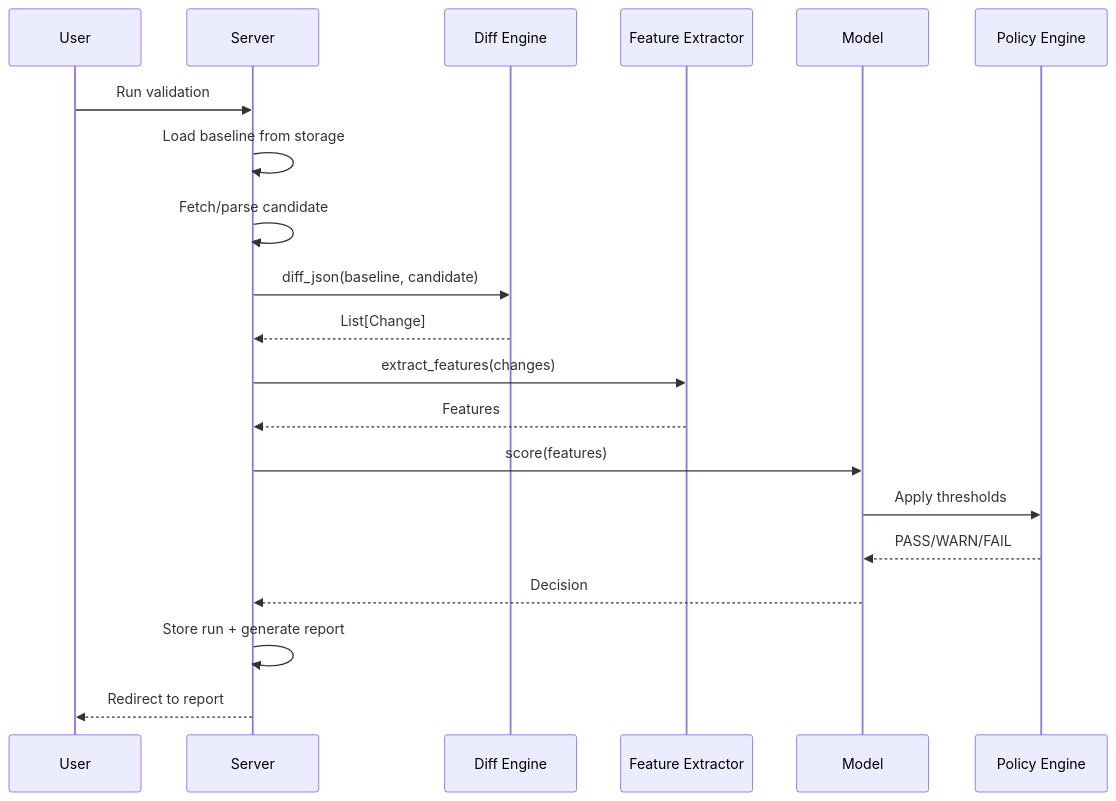
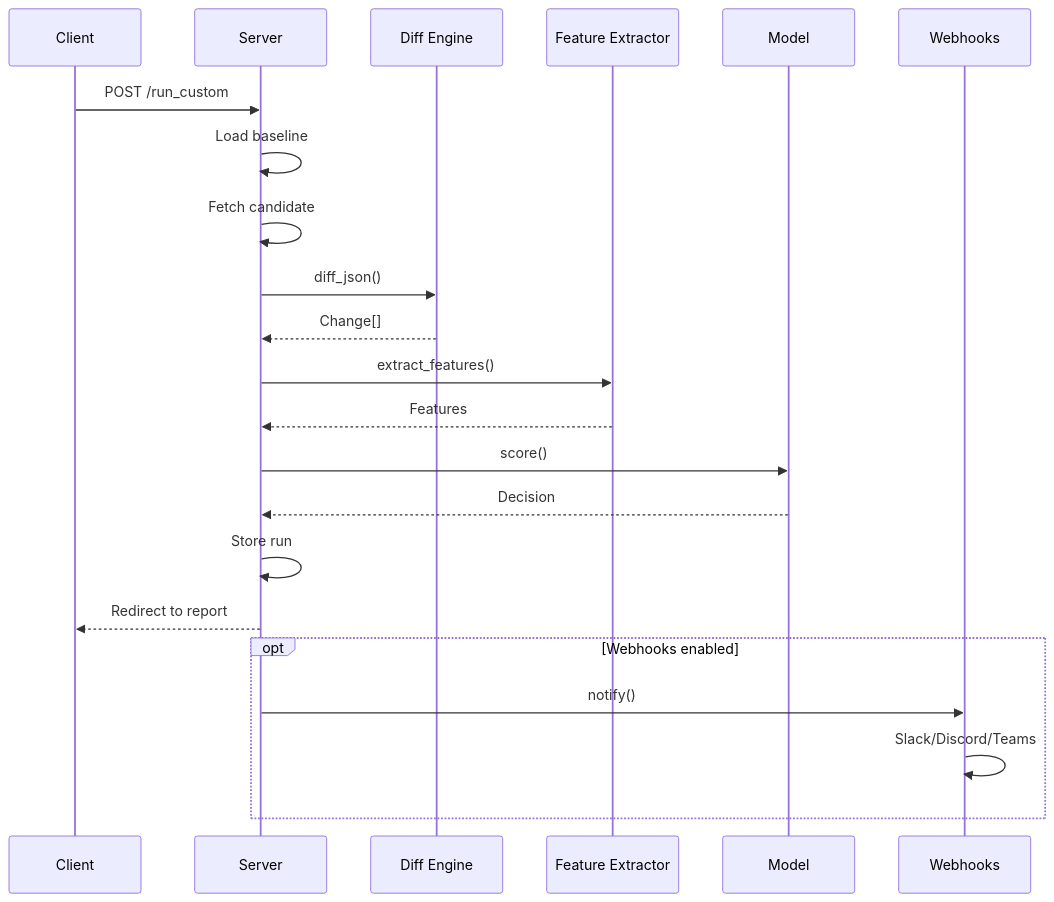
Before and after one commit to parthassamal/qoe-guard-patent-demo: the second of 3 diagrams in README.md, drawn with Mermaid. The commit also changed other lines of this file and 8 other files, not shown here.

````diff
--- a/README.md
+++ b/README.md
@@ -126,23 +109,26 @@
 ```mermaid
 sequenceDiagram
-    participant U as User
+    participant C as Client
     participant S as Server
     participant D as Diff Engine
     participant F as Feature Extractor
     participant M as Model
-    participant P as Policy Engine
+    participant W as Webhooks
+
+    C->>S: POST /run_custom
+    S->>S: Load baseline
+    S->>S: Fetch candidate
+    S->>D: diff_json()
+    D-->>S: Change[]
+    S->>F: extract_features()
+    F-->>S: Features
+    S->>M: score()
+    M-->>S: Decision
+    S->>S: Store run
+    S-->>C: Redirect to report
     
-    U->>S: Run validation
-    S->>S: Load baseline from storage
-    S->>S: Fetch/parse candidate
-    S->>D: diff_json(baseline, candidate)
-    D-->>S: List[Change]
-    S->>F: extract_features(changes)
-    F-->>S: Features
-    S->>M: score(features)
-    M->>P: Apply thresholds
-    P-->>M: PASS/WARN/FAIL
-    M-->>S: Decision
-    S->>S: Store run + generate report
-    S-->>U: Redirect to report
+    opt Webhooks enabled
+        S->>W: notify()
+        W->>W: Slack/Discord/Teams
+    end
 ```
````
